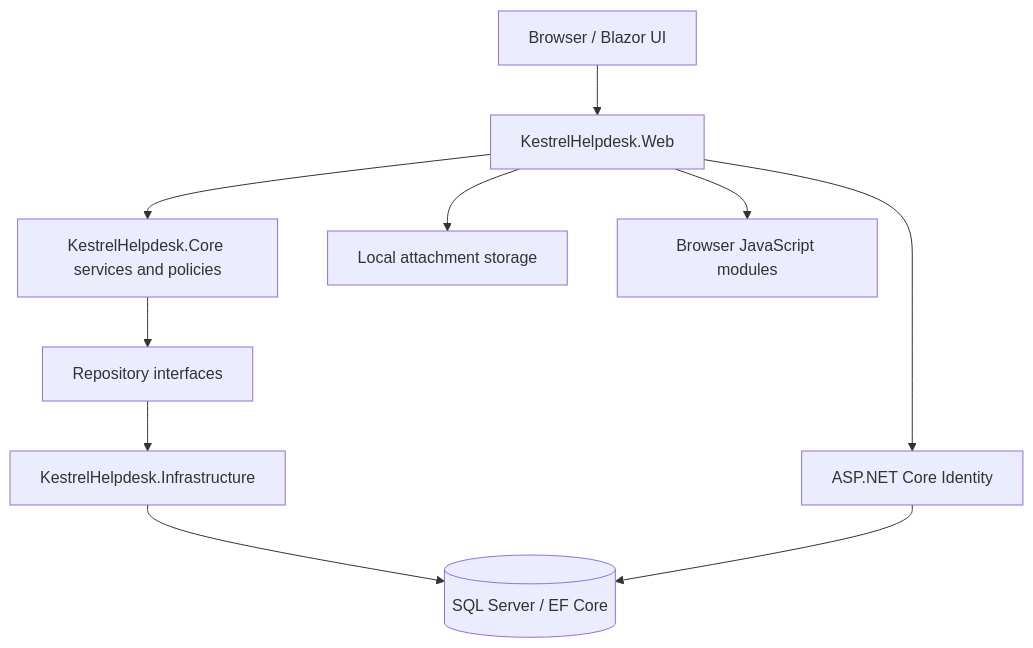
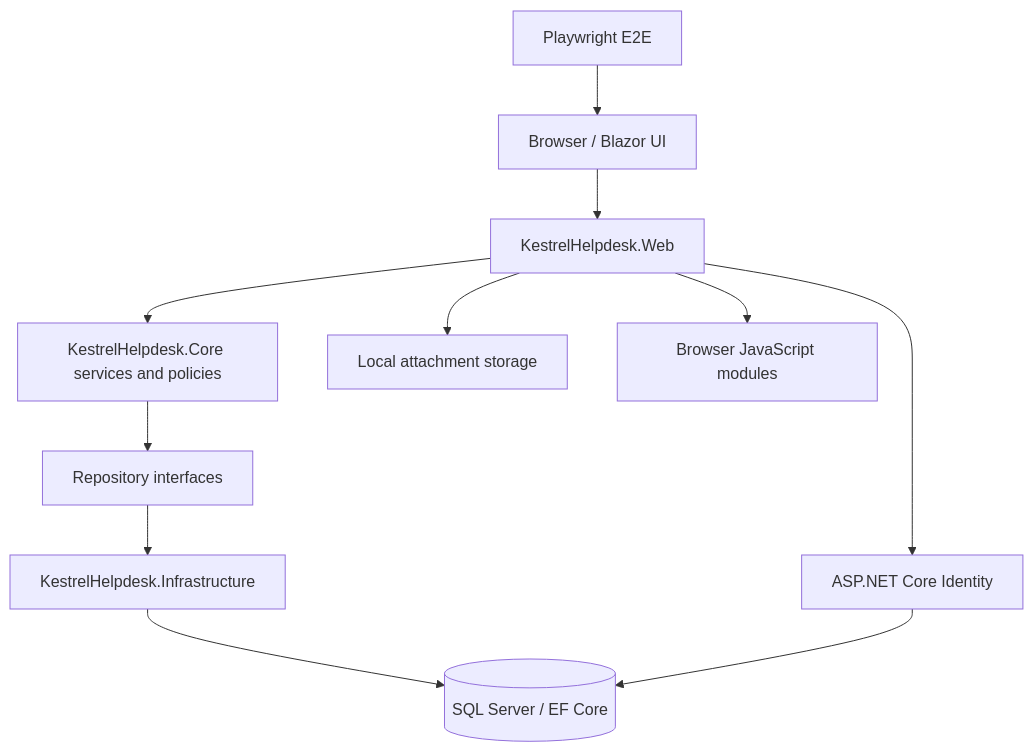
The diagram in README.md (peal-hassan-enosis/KestrelHelpdesk), drawn with Mermaid before and after one commit. The commit also changed other lines of this file, not shown here.

```diff
--- a/README.md
+++ b/README.md
@@ -214,12 +227,13 @@
 ~~~mermaid
 flowchart TD
     Browser[Browser / Blazor UI] --> Web[KestrelHelpdesk.Web]
     Web --> Core[KestrelHelpdesk.Core services and policies]
     Core --> Repo[Repository interfaces]
     Repo --> Infra[KestrelHelpdesk.Infrastructure]
     Infra --> SQL[(SQL Server / EF Core)]
     Web --> Identity[ASP.NET Core Identity]
     Identity --> SQL
     Web --> Storage[Local attachment storage]
     Web --> JS[Browser JavaScript modules]
+    E2E[Playwright E2E] --> Browser
 ~~~
```
